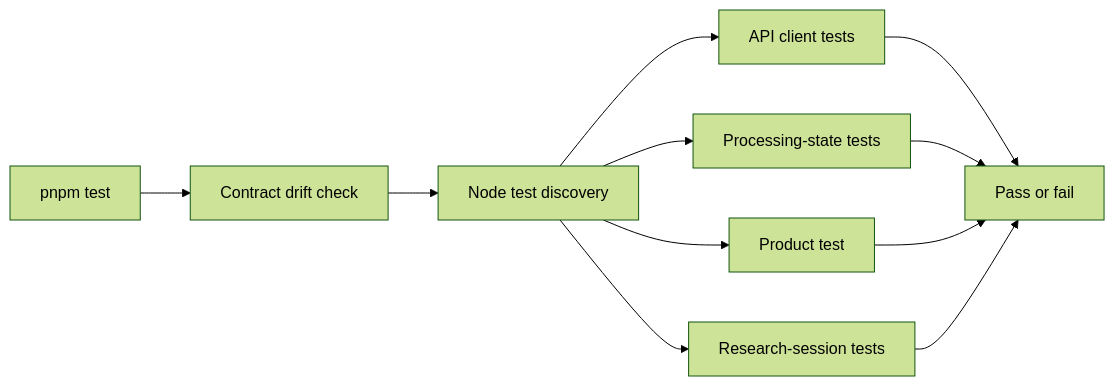
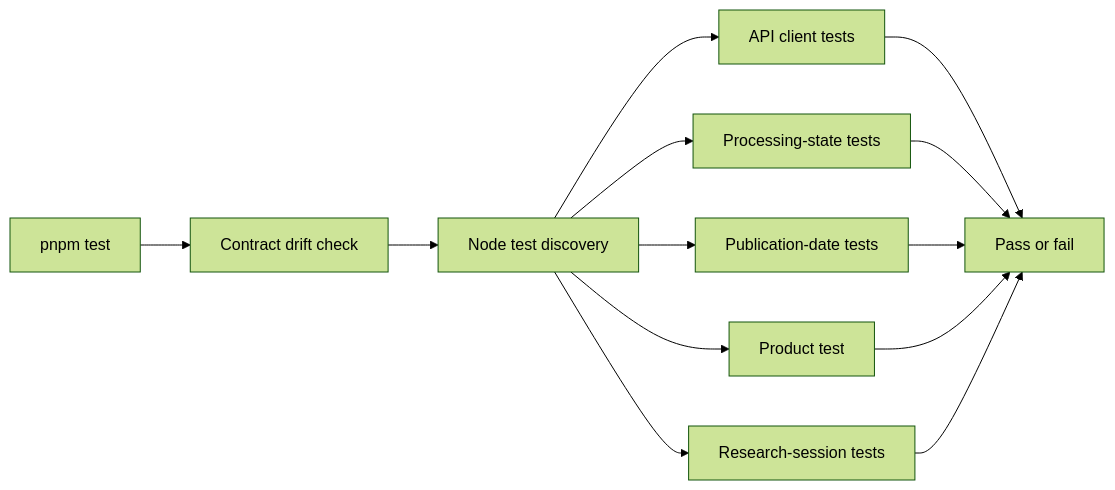
One commit to rnkraus/investment-research changed the diagram in frontend/tests/README.md. Above: the diagram before and after it, drawn with Mermaid (forest theme). The commit also changed other lines of this file and 5 other files, not shown here.

````diff
--- a/frontend/tests/README.md
+++ b/frontend/tests/README.md
@@ -15,13 +16,15 @@
 ```mermaid
 flowchart LR
     TEST[pnpm test] --> CONTRACT[Contract drift check]
     CONTRACT --> DISCOVERY[Node test discovery]
     DISCOVERY --> API[API client tests]
     DISCOVERY --> PROCESSING[Processing-state tests]
+    DISCOVERY --> DATE[Publication-date tests]
     DISCOVERY --> PRODUCT[Product test]
     DISCOVERY --> RESEARCH[Research-session tests]
     API --> RESULT[Pass or fail]
     PROCESSING --> RESULT
+    DATE --> RESULT
     PRODUCT --> RESULT
     RESEARCH --> RESULT
 ```
````
